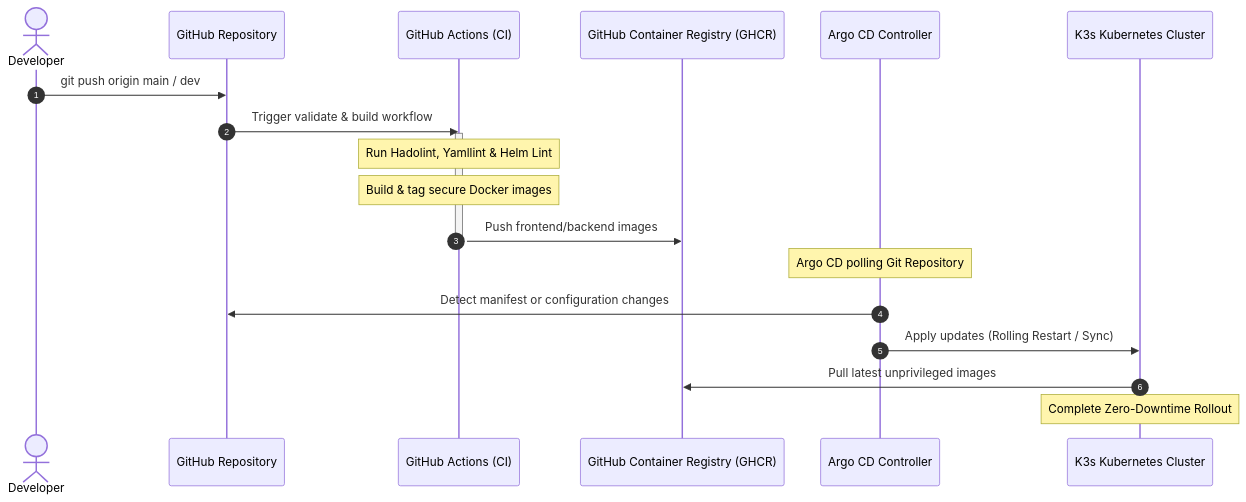
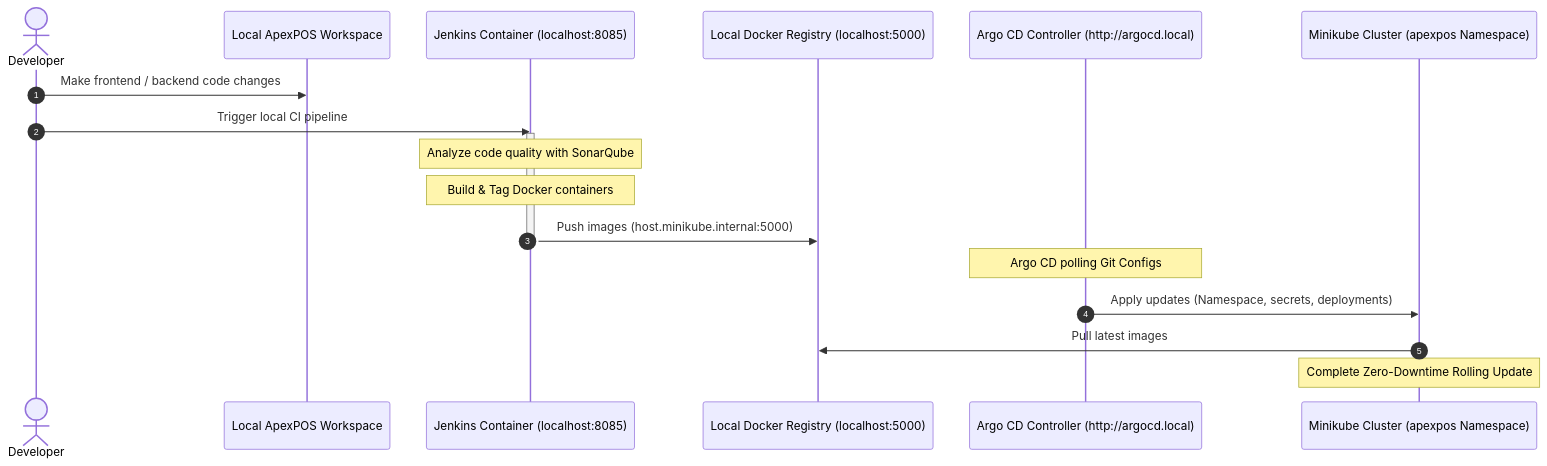
Before and after one commit to Ntharusha/ApexPos_Devops: the second of 3 diagrams in README.md, drawn with Mermaid. The commit also changed other lines of this file and 18 other files, not shown here.

Commit message:
feat: migrate from AWS to local Minikube K8s setup with Terraform, Ingress, and Prometheus/Grafana stack

````diff
--- a/README.md
+++ b/README.md
@@ -42,24 +35,23 @@
 ```mermaid
 sequenceDiagram
     autonumber
     actor Dev as Developer
-    participant Git as GitHub Repository
-    participant GHA as GitHub Actions (CI)
-    participant GHCR as GitHub Container Registry (GHCR)
-    participant Argo as Argo CD Controller
-    participant K8s as K3s Kubernetes Cluster
+    participant LocalWorkspace as Local ApexPOS Workspace
+    participant Jenkins as Jenkins Container (localhost:8085)
+    participant Reg as Local Docker Registry (localhost:5000)
+    participant Argo as Argo CD Controller (http://argocd.local)
+    participant K8s as Minikube Cluster (apexpos Namespace)
 
-    Dev->>Git: git push origin main / dev
-    Git->>GHA: Trigger validate & build workflow
-    activate GHA
-    Note over GHA: Run Hadolint, Yamllint & Helm Lint
-    Note over GHA: Build & tag secure Docker images
-    GHA->>GHCR: Push frontend/backend images
-    deactivate GHA
+    Dev->>LocalWorkspace: Make frontend / backend code changes
+    Dev->>Jenkins: Trigger local CI pipeline
+    activate Jenkins
+    Note over Jenkins: Analyze code quality with SonarQube
+    Note over Jenkins: Build & Tag Docker containers
+    Jenkins->>Reg: Push images (host.minikube.internal:5000)
+    deactivate Jenkins
     
-    Note over Argo: Argo CD polling Git Repository
-    Argo->>Git: Detect manifest or configuration changes
-    Argo->>K8s: Apply updates (Rolling Restart / Sync)
-    K8s->>GHCR: Pull latest unprivileged images
-    Note over K8s: Complete Zero-Downtime Rollout
+    Note over Argo: Argo CD polling Git Configs
+    Argo->>K8s: Apply updates (Namespace, secrets, deployments)
+    K8s->>Reg: Pull latest images
+    Note over K8s: Complete Zero-Downtime Rolling Update
 ```
````
